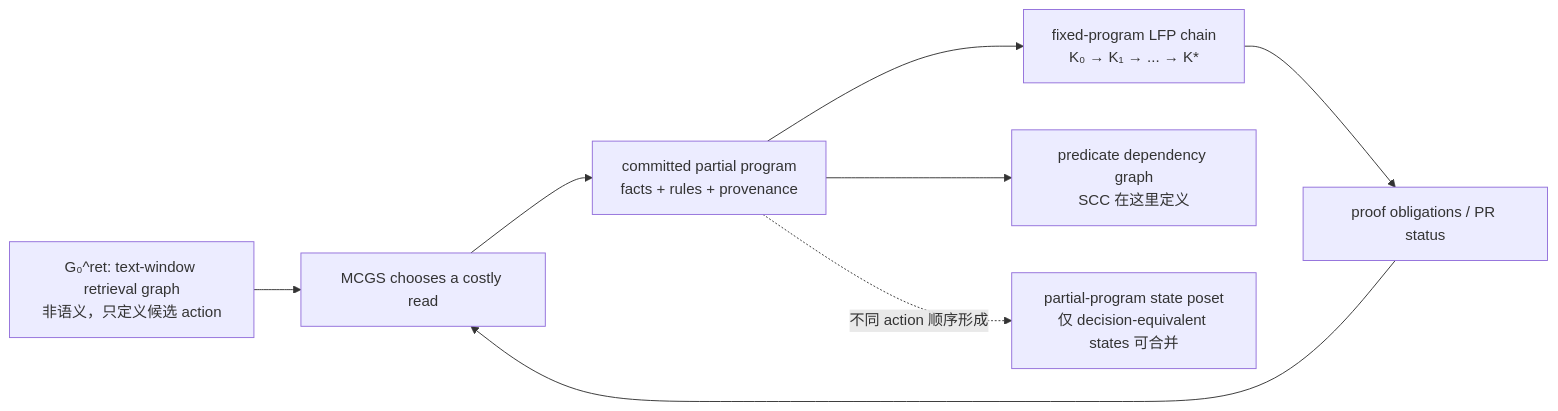
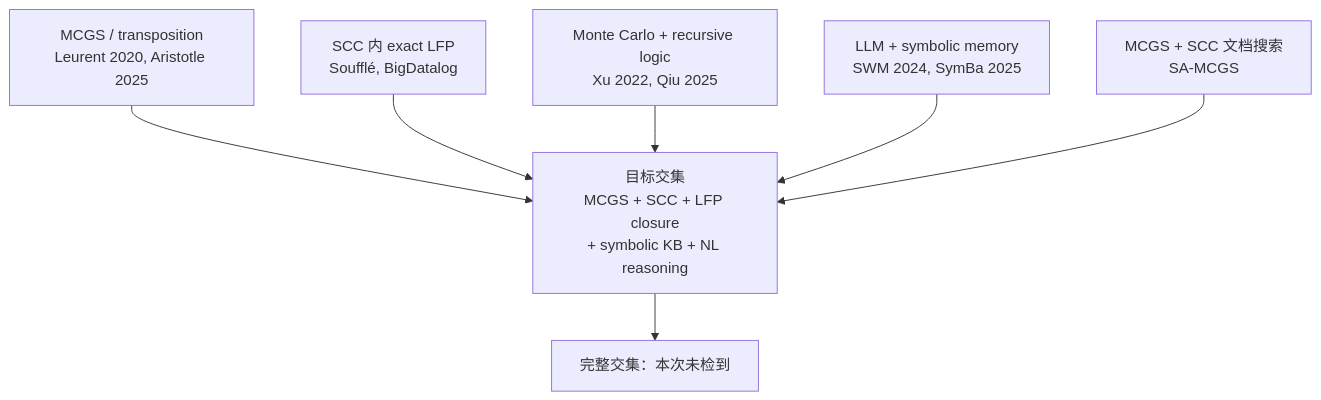
One commit to chenqianwan/SA-MCGS changed the fourth of 5 diagrams in 2026NAACL/LFP_MCGS_LITERATURE_REVIEW.md. Above: the diagram before and after it, drawn with Mermaid. The commit also changed other lines of this file, not shown here.

Commit message:
docs: reframe LFP-MCGS literature review around recursive closure

````diff
--- a/2026NAACL/LFP_MCGS_LITERATURE_REVIEW.md
+++ b/2026NAACL/LFP_MCGS_LITERATURE_REVIEW.md
@@ -347,10 +123,10 @@
-~~~mermaid
-flowchart LR
-  G0["G₀^ret: text-window retrieval graph<br/>非语义，只定义候选 action"] --> A["MCGS chooses a costly read"]
-  A --> P["committed partial program<br/>facts + rules + provenance"]
-  P --> C["fixed-program LFP chain<br/>K₀ → K₁ → ... → K*"]
-  P --> D["predicate dependency graph<br/>SCC 在这里定义"]
-  C --> O["proof obligations / PR status"]
-  O --> A
-  P -. "不同 action 顺序形成" .-> S["partial-program state poset<br/>仅 decision-equivalent states 可合并"]
-~~~
+```mermaid
+flowchart TB
+  OUR["目标交集<br/>MCGS + SCC + LFP closure<br/>+ symbolic KB + NL reasoning"]
+  A["MCGS / transposition<br/>Leurent 2020, Aristotle 2025"] --> OUR
+  B["SCC 内 exact LFP<br/>Soufflé, BigDatalog"] --> OUR
+  C["Monte Carlo + recursive logic<br/>Xu 2022, Qiu 2025"] --> OUR
+  D["LLM + symbolic memory<br/>SWM 2024, SymBa 2025"] --> OUR
+  E["MCGS + SCC 文档搜索<br/>SA-MCGS"] --> OUR
+  OUR --> N["完整交集：本次未检到"]
+```
````
